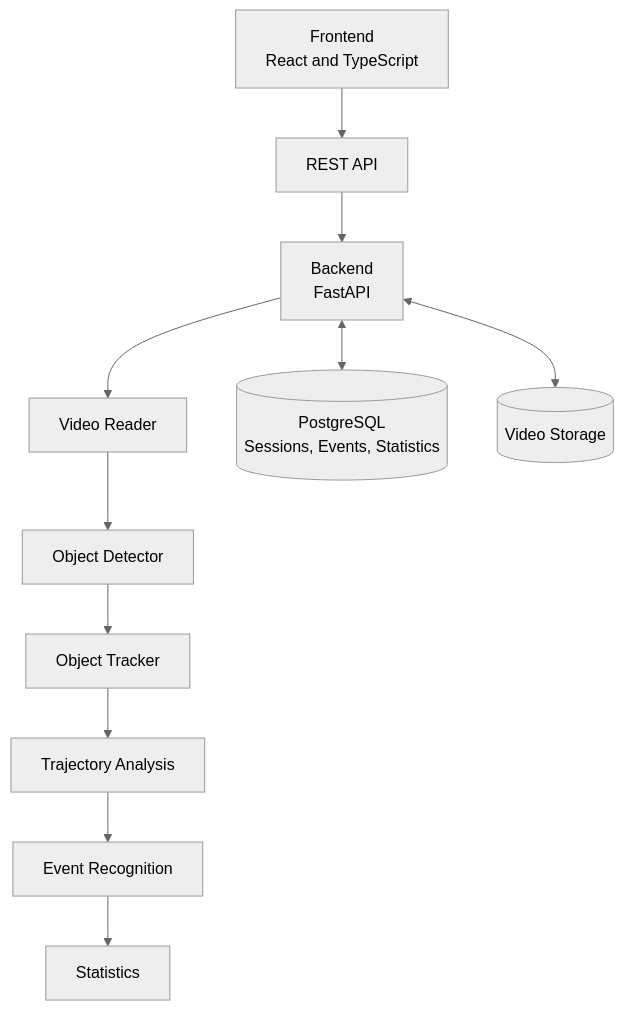
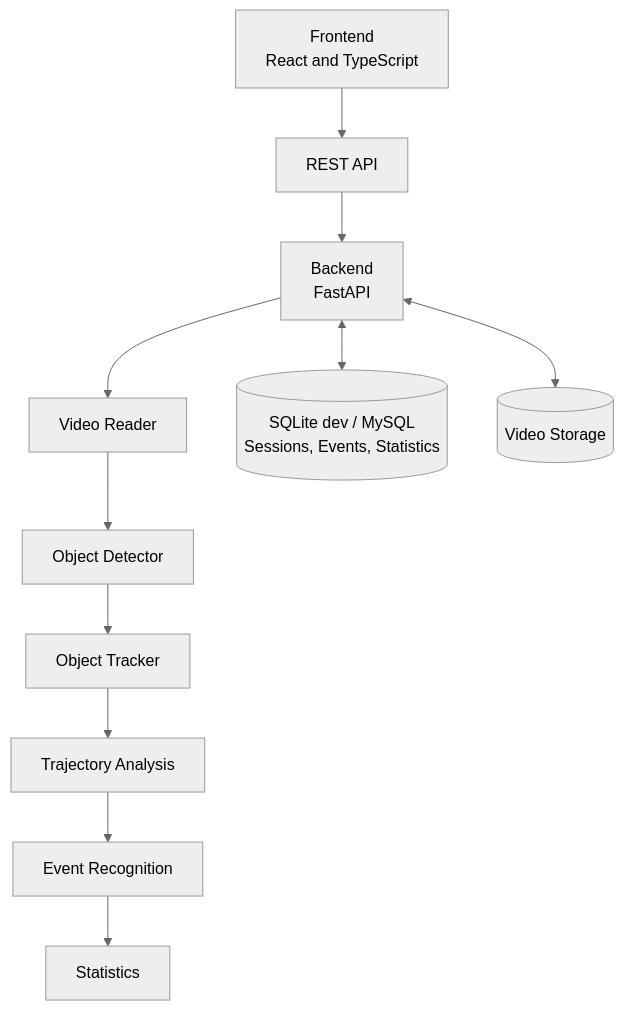
One commit to Chikachi00/SEGP-Group21_Petlo.my changed the second of 2 diagrams in docs/architecture.md. Above: the diagram before and after it, drawn with Mermaid (neutral theme). The commit also changed other lines of this file and 6 other files, not shown here.

````diff
--- a/docs/architecture.md
+++ b/docs/architecture.md
@@ -45,13 +47,13 @@
 ```mermaid
 flowchart TB
     UI[Frontend<br/>React and TypeScript] --> API[REST API]
     API --> BE[Backend<br/>FastAPI]
     BE --> VR[Video Reader]
     VR --> OD[Object Detector]
     OD --> OT[Object Tracker]
     OT --> TA[Trajectory Analysis]
     TA --> ER[Event Recognition]
     ER --> ST[Statistics]
-    BE <--> DB[(PostgreSQL<br/>Sessions, Events, Statistics)]
+    BE <--> DB[(SQLite dev / MySQL<br/>Sessions, Events, Statistics)]
     BE <--> VS[(Video Storage)]
 ```
````
